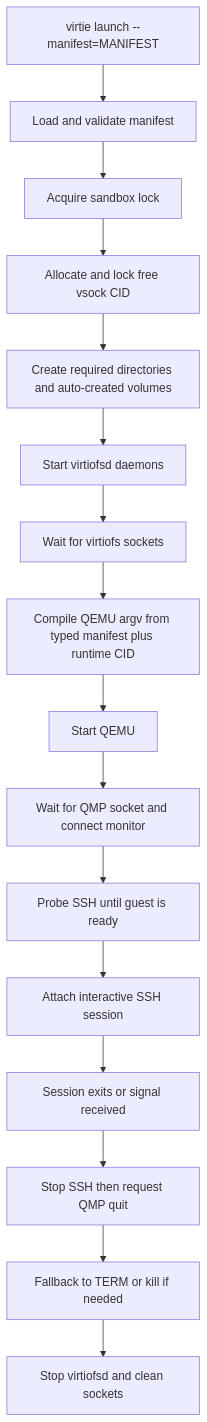
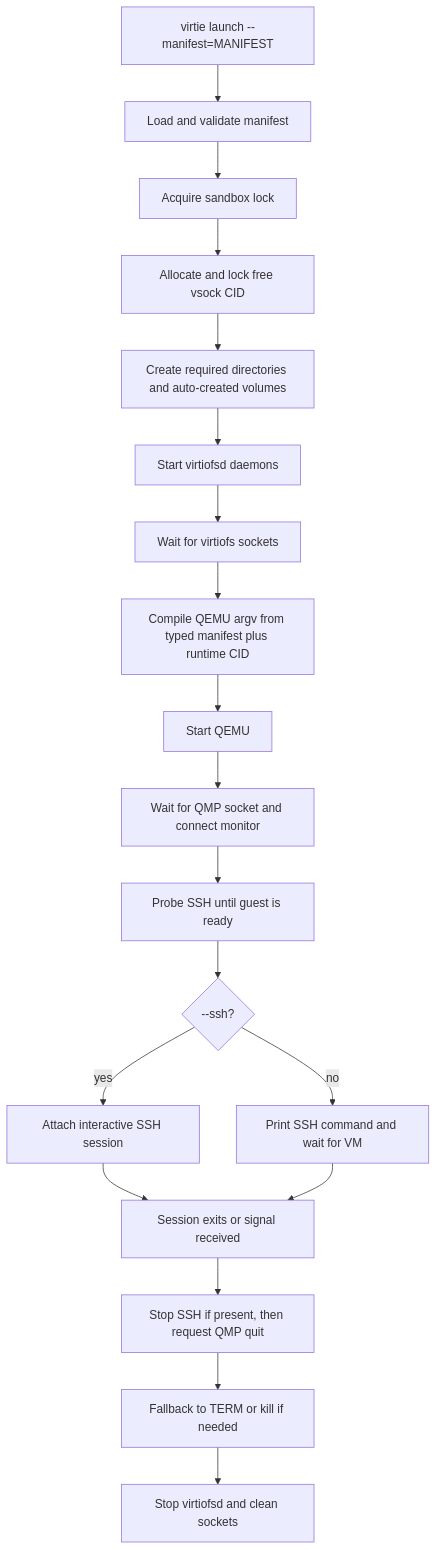
The diagram in .specs/virtie.md (shazow/agentspace), drawn with Mermaid before and after one commit. The commit also changed other lines of this file and 15 other files, not shown here.

````diff
--- a/.specs/virtie.md
+++ b/.specs/virtie.md
@@ -124,18 +125,21 @@
 ```mermaid
 flowchart TD
   A[virtie launch --manifest=MANIFEST] --> B[Load and validate manifest]
   B --> C[Acquire sandbox lock]
   C --> D[Allocate and lock free vsock CID]
   D --> E[Create required directories and auto-created volumes]
   E --> F[Start virtiofsd daemons]
   F --> G[Wait for virtiofs sockets]
   G --> H[Compile QEMU argv from typed manifest plus runtime CID]
   H --> I[Start QEMU]
   I --> J[Wait for QMP socket and connect monitor]
   J --> K[Probe SSH until guest is ready]
-  K --> L[Attach interactive SSH session]
-  L --> M[Session exits or signal received]
-  M --> N[Stop SSH then request QMP quit]
-  N --> O[Fallback to TERM or kill if needed]
-  O --> P[Stop virtiofsd and clean sockets]
+  K --> L{--ssh?}
+  L -->|yes| M[Attach interactive SSH session]
+  L -->|no| N[Print SSH command and wait for VM]
+  M --> O[Session exits or signal received]
+  N --> O
+  O --> P[Stop SSH if present, then request QMP quit]
+  P --> Q[Fallback to TERM or kill if needed]
+  Q --> R[Stop virtiofsd and clean sockets]
 ```
````
